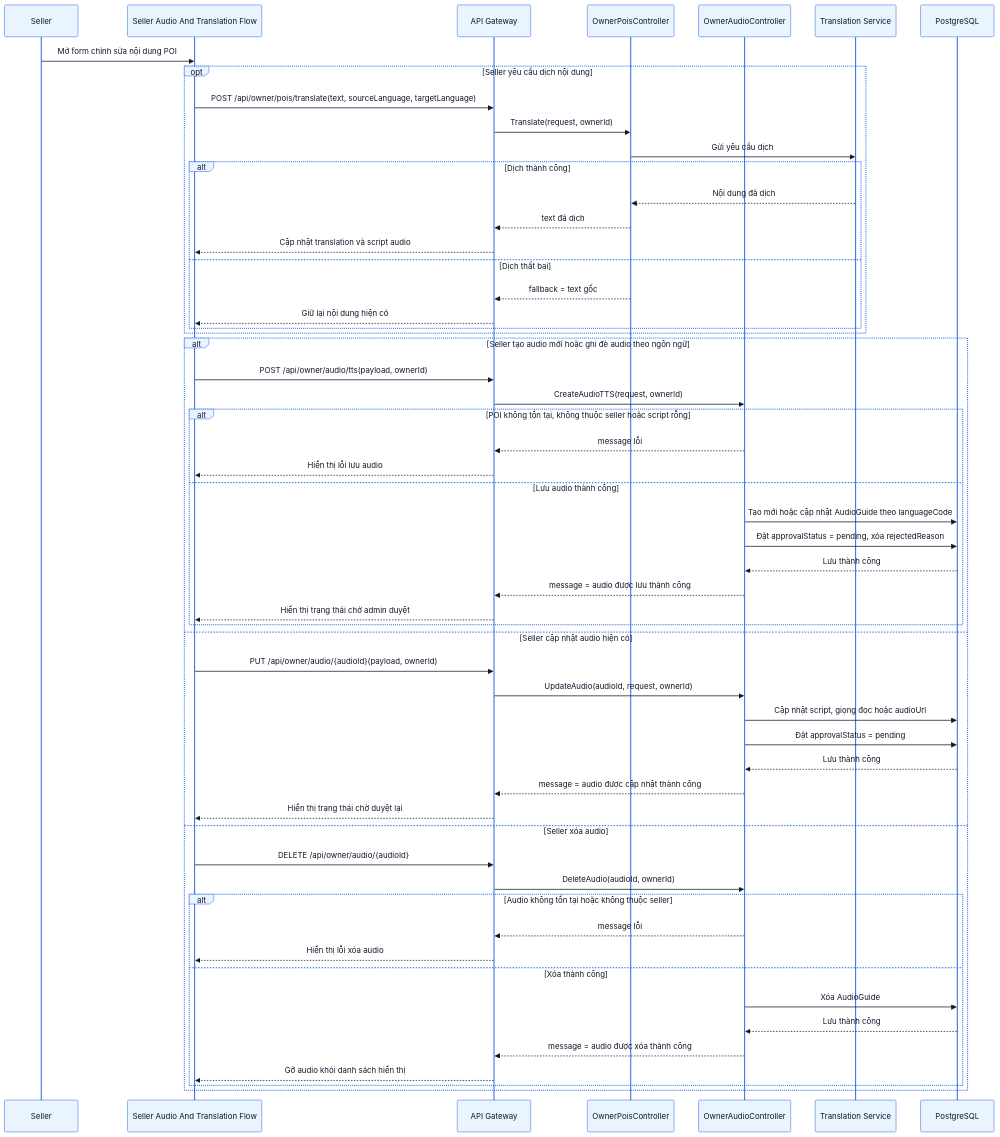
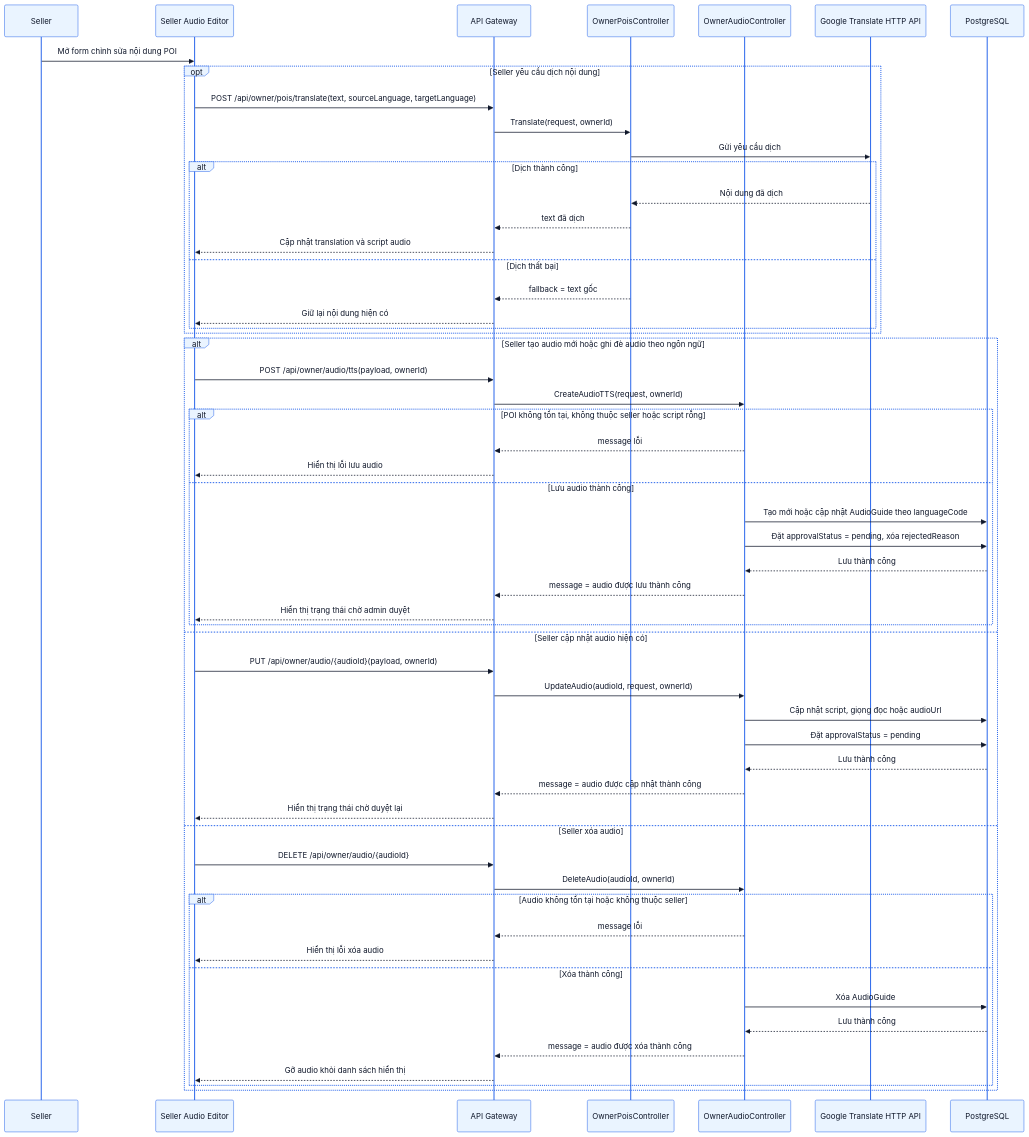
Before and after one commit to thaiquanghieu/smart-guide-system: diagram 12 of 36 in docs/PRD.md, drawn with Mermaid. The commit also changed other lines of this file and 18 other files, not shown here.

Commit message:
docs: update PRD and diagrams

````diff
--- a/docs/PRD.md
+++ b/docs/PRD.md
@@ -1441,80 +1559,80 @@
 ```mermaid
 %%{init: {
   "theme": "base",
   "themeVariables": {
     "primaryColor": "#EAF4FF",
     "primaryBorderColor": "#2563EB",
     "primaryTextColor": "#0F172A",
     "lineColor": "#2563EB",
     "secondaryColor": "#DBEAFE",
     "tertiaryColor": "#F8FBFF",
     "noteBkgColor": "#EFF6FF",
     "noteBorderColor": "#3B82F6",
     "activationBorderColor": "#2563EB",
     "activationBkgColor": "#DBEAFE",
     "sequenceNumberColor": "#0F172A"
   }
 }}%%
 sequenceDiagram
     participant Seller as Seller
-    participant ContentFlow as Seller Audio And Translation Flow
+    participant ContentFlow as Seller Audio Editor
     participant API as API Gateway
     participant OwnerPoisCtl as OwnerPoisController
     participant OwnerAudioCtl as OwnerAudioController
-    participant TranslateSvc as Translation Service
+    participant TranslateSvc as Google Translate HTTP API
     participant DB as PostgreSQL
 
     Seller ->> ContentFlow: Mở form chỉnh sửa nội dung POI
 
     opt Seller yêu cầu dịch nội dung
         ContentFlow ->> API: POST /api/owner/pois/translate(text, sourceLanguage, targetLanguage)
         API ->> OwnerPoisCtl: Translate(request, ownerId)
         OwnerPoisCtl ->> TranslateSvc: Gửi yêu cầu dịch
 
         alt Dịch thành công
             TranslateSvc -->> OwnerPoisCtl: Nội dung đã dịch
             OwnerPoisCtl -->> API: text đã dịch
             API -->> ContentFlow: Cập nhật translation và script audio
         else Dịch thất bại
             OwnerPoisCtl -->> API: fallback = text gốc
             API -->> ContentFlow: Giữ lại nội dung hiện có
         end
     end
 
     alt Seller tạo audio mới hoặc ghi đè audio theo ngôn ngữ
         ContentFlow ->> API: POST /api/owner/audio/tts(payload, ownerId)
         API ->> OwnerAudioCtl: CreateAudioTTS(request, ownerId)
 
         alt POI không tồn tại, không thuộc seller hoặc script rỗng
             OwnerAudioCtl -->> API: message lỗi
             API -->> ContentFlow: Hiển thị lỗi lưu audio
         else Lưu audio thành công
             OwnerAudioCtl ->> DB: Tạo mới hoặc cập nhật AudioGuide theo languageCode
             OwnerAudioCtl ->> DB: Đặt approvalStatus = pending, xóa rejectedReason
             DB -->> OwnerAudioCtl: Lưu thành công
             OwnerAudioCtl -->> API: message = audio được lưu thành công
             API -->> ContentFlow: Hiển thị trạng thái chờ admin duyệt
         end
     else Seller cập nhật audio hiện có
         ContentFlow ->> API: PUT /api/owner/audio/{audioId}(payload, ownerId)
         API ->> OwnerAudioCtl: UpdateAudio(audioId, request, ownerId)
         OwnerAudioCtl ->> DB: Cập nhật script, giọng đọc hoặc audioUrl
         OwnerAudioCtl ->> DB: Đặt approvalStatus = pending
         DB -->> OwnerAudioCtl: Lưu thành công
         OwnerAudioCtl -->> API: message = audio được cập nhật thành công
         API -->> ContentFlow: Hiển thị trạng thái chờ duyệt lại
     else Seller xóa audio
         ContentFlow ->> API: DELETE /api/owner/audio/{audioId}
         API ->> OwnerAudioCtl: DeleteAudio(audioId, ownerId)
 
         alt Audio không tồn tại hoặc không thuộc seller
             OwnerAudioCtl -->> API: message lỗi
             API -->> ContentFlow: Hiển thị lỗi xóa audio
         else Xóa thành công
             OwnerAudioCtl ->> DB: Xóa AudioGuide
             DB -->> OwnerAudioCtl: Lưu thành công
             OwnerAudioCtl -->> API: message = audio được xóa thành công
             API -->> ContentFlow: Gỡ audio khỏi danh sách hiển thị
         end
     end
 ```
````
